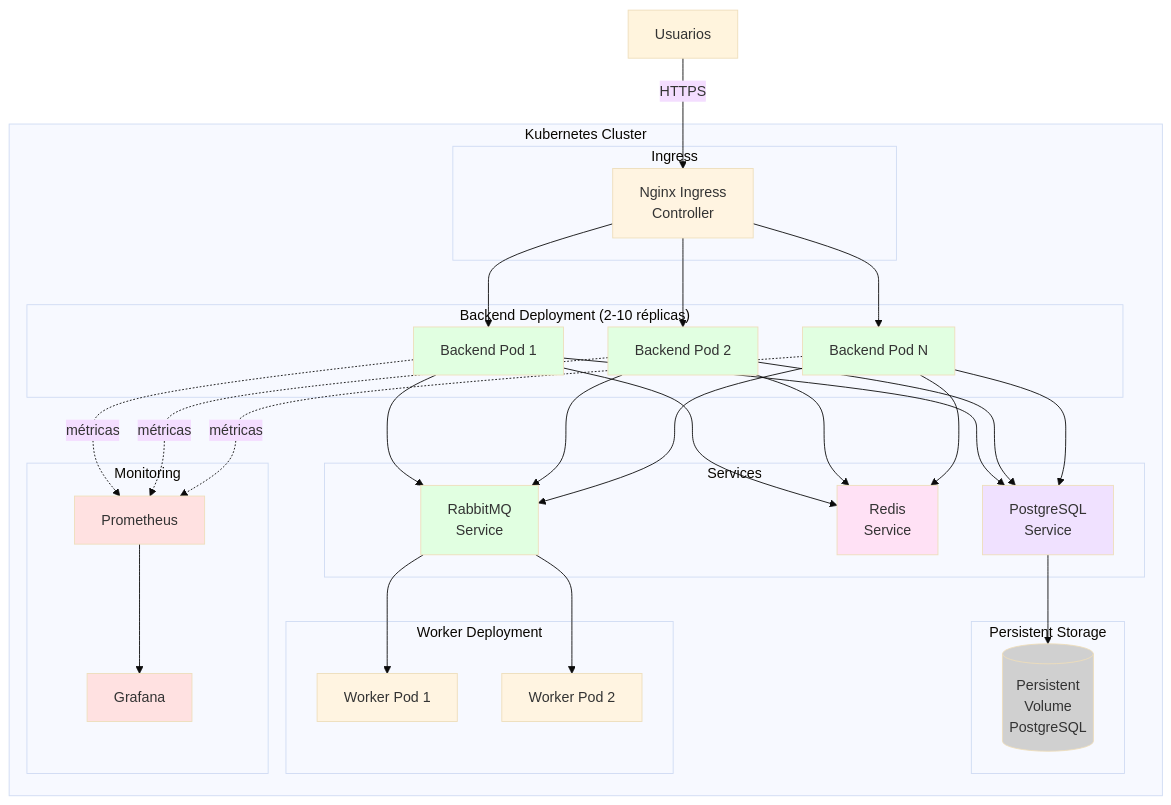
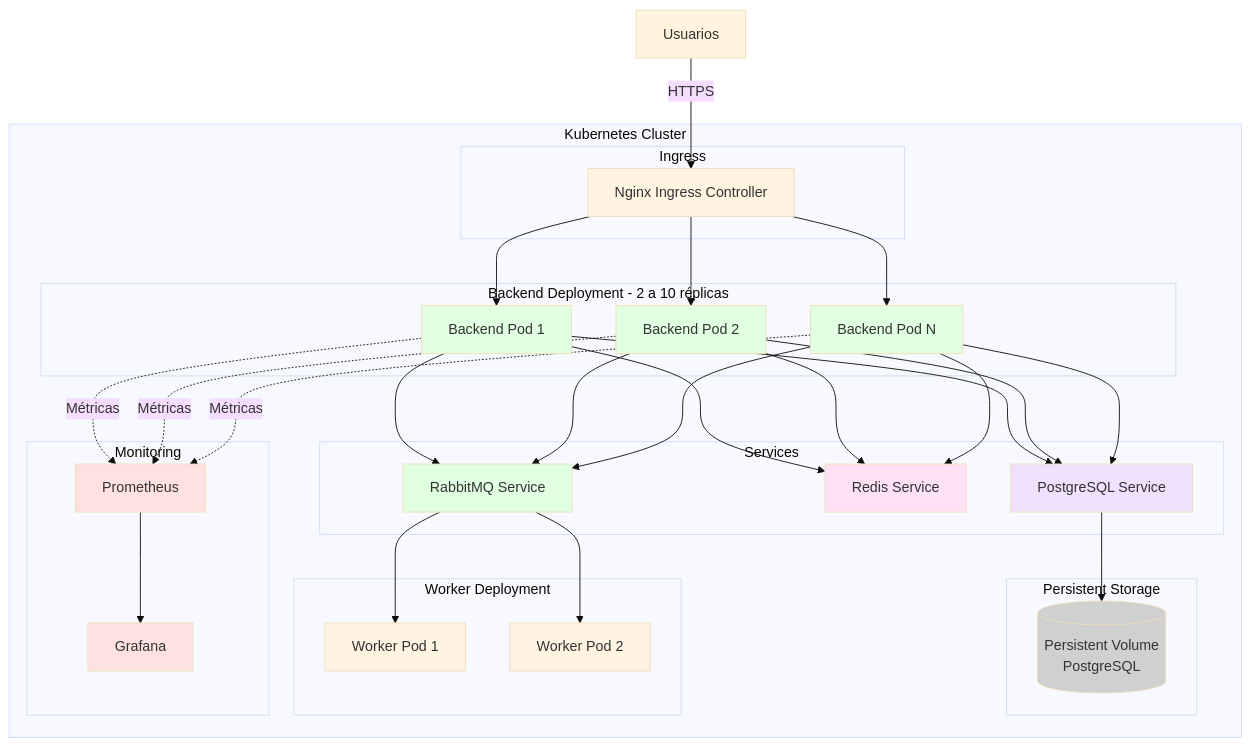
One commit to Yeltsin-MC/ANALISIS-DE-SISTEMA-DISENO-ARQUITECTONICO changed the third of 4 diagrams in arquitectura/arquitectura-inicial.md. Above: the diagram before and after it, drawn with Mermaid (base theme). The commit also changed other lines of this file, not shown here.

Commit message:
fix: corrige diagramas Mermaid de arquitectura inicial

````diff
--- a/arquitectura/arquitectura-inicial.md
+++ b/arquitectura/arquitectura-inicial.md
@@ -541,68 +543,79 @@
 ```mermaid
-graph TB
-    subgraph "Kubernetes Cluster"
-        subgraph "Ingress"
-            ING[Nginx Ingress<br/>Controller]
+flowchart TB
+    USERS["Usuarios"]
+
+    subgraph K8S["Kubernetes Cluster"]
+
+        subgraph INGRESS["Ingress"]
+            ING["Nginx Ingress Controller"]
         end
-        
-        subgraph "Backend Deployment (2-10 réplicas)"
-            POD1[Backend Pod 1]
-            POD2[Backend Pod 2]
-            PODN[Backend Pod N]
+
+        subgraph BACKEND["Backend Deployment - 2 a 10 réplicas"]
+            POD1["Backend Pod 1"]
+            POD2["Backend Pod 2"]
+            PODN["Backend Pod N"]
         end
-        
-        subgraph "Services"
-            PGSVC[PostgreSQL<br/>Service]
-            RDSVC[Redis<br/>Service]
-            MQSVC[RabbitMQ<br/>Service]
+
+        subgraph SERVICES["Services"]
+            PGSVC["PostgreSQL Service"]
+            RDSVC["Redis Service"]
+            MQSVC["RabbitMQ Service"]
         end
-        
-        subgraph "Persistent Storage"
-            PV[(Persistent<br/>Volume<br/>PostgreSQL)]
+
+        subgraph STORAGE["Persistent Storage"]
+            PV[("Persistent Volume<br/>PostgreSQL")]
         end
-        
-        subgraph "Worker Deployment"
-            WORK1[Worker Pod 1]
-            WORK2[Worker Pod 2]
+
+        subgraph WORKERS["Worker Deployment"]
+            WORK1["Worker Pod 1"]
+            WORK2["Worker Pod 2"]
         end
-        
-        subgraph "Monitoring"
-            PROM[Prometheus]
-            GRAF[Grafana]
+
+        subgraph MONITOR["Monitoring"]
+            PROM["Prometheus"]
+            GRAF["Grafana"]
         end
     end
-    
-    USERS[Usuarios] -->|HTTPS| ING
+
+    USERS -->|HTTPS| ING
+
     ING --> POD1
     ING --> POD2
     ING --> PODN
+
     POD1 --> PGSVC
     POD2 --> PGSVC
     PODN --> PGSVC
+
     POD1 --> RDSVC
     POD2 --> RDSVC
     PODN --> RDSVC
+
     POD1 --> MQSVC
     POD2 --> MQSVC
     PODN --> MQSVC
+
     PGSVC --> PV
+
     MQSVC --> WORK1
     MQSVC --> WORK2
-    POD1 -.->|métricas| PROM
-    POD2 -.->|métricas| PROM
-    PODN -.->|métricas| PROM
+
+    POD1 -.->|Métricas| PROM
+    POD2 -.->|Métricas| PROM
+    PODN -.->|Métricas| PROM
+
     PROM --> GRAF
-    
+
     style ING fill:#fff4e1
     style POD1 fill:#e1ffe1
     style POD2 fill:#e1ffe1
     style PODN fill:#e1ffe1
     style PGSVC fill:#f0e1ff
     style RDSVC fill:#ffe1f5
     style MQSVC fill:#e1ffe1
     style PV fill:#d0d0d0
     style WORK1 fill:#fff4e1
     style WORK2 fill:#fff4e1
     style PROM fill:#ffe1e1
     style GRAF fill:#ffe1e1
 ```
````
